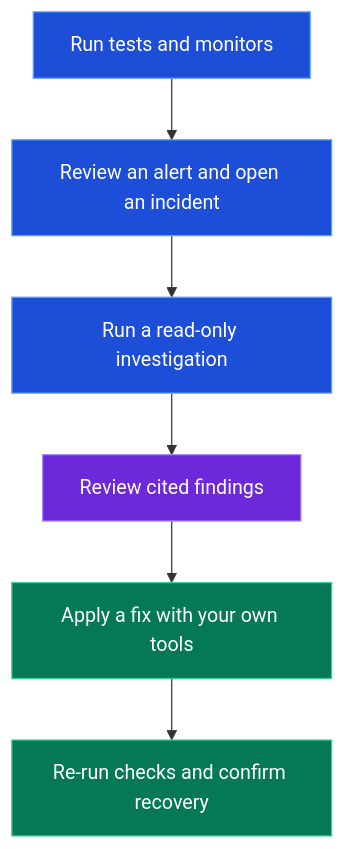
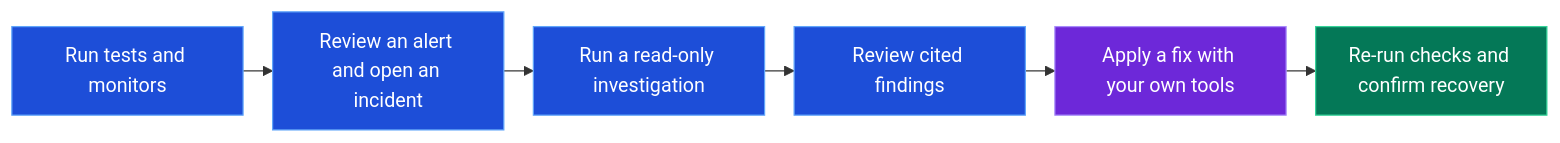
One commit to supercheck-io/supercheck changed the diagram in docs/content/docs/app/welcome.mdx. Above: the diagram before and after it, drawn with Mermaid. The commit also changed other lines of this file and 5 other files, not shown here.

````diff
--- a/docs/content/docs/app/welcome.mdx
+++ b/docs/content/docs/app/welcome.mdx
@@ -28,15 +33,16 @@
 ```mermaid
-flowchart TB
+%%{init: {"flowchart":{"nodeSpacing":20,"rankSpacing":24,"padding":12,"wrappingWidth":140}}}%%
+flowchart LR
     Detect[Run tests and monitors] --> Triage[Review an alert and open an incident]
     Triage --> Investigate[Run a read-only investigation]
     Investigate --> Review[Review cited findings]
     Review --> Fix[Apply a fix with your own tools]
     Fix --> Confirm[Re-run checks and confirm recovery]
 
     classDef action fill:#1d4ed8,stroke:#60a5fa,color:#fff
-    classDef choice fill:#6d28d9,stroke:#a78bfa,color:#fff
-    classDef success fill:#047857,stroke:#34d399,color:#fff
-    class Detect,Triage,Investigate action
-    class Review choice
-    class Fix,Confirm success
+    classDef manual fill:#6d28d9,stroke:#a78bfa,color:#fff
+    classDef complete fill:#047857,stroke:#34d399,color:#fff
+    class Detect,Triage,Investigate,Review action
+    class Fix manual
+    class Confirm complete
 ```
````
